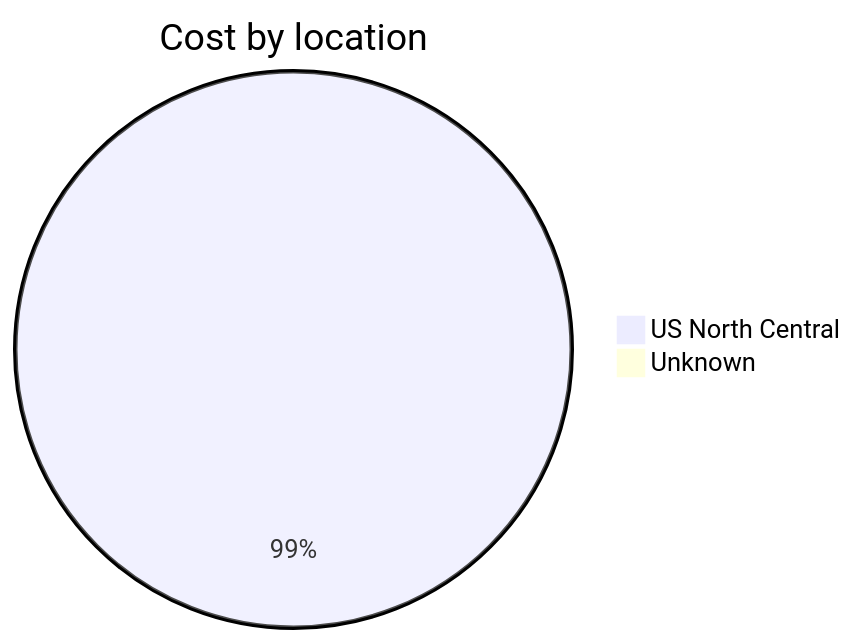
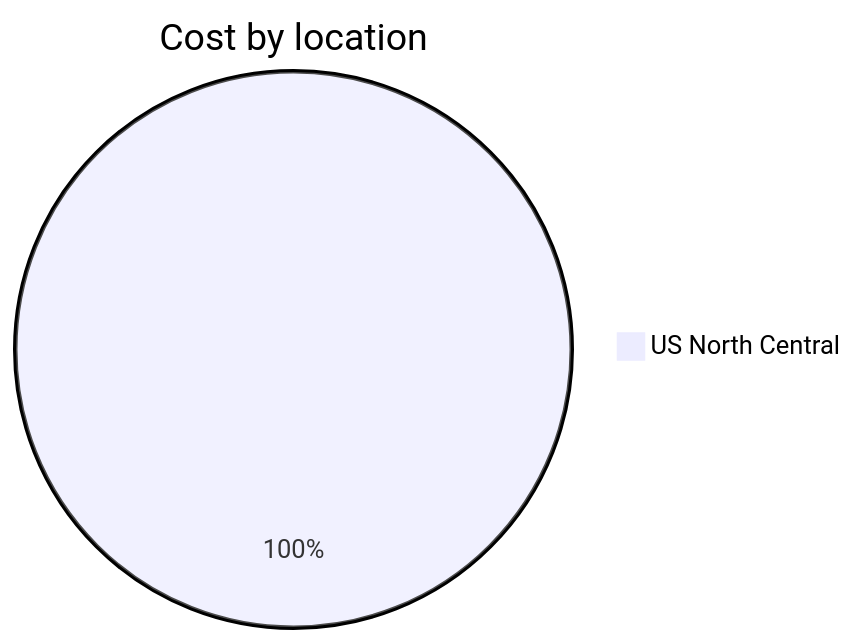
Before and after one commit to jpfulton/azure-personal-reports: the third of 4 diagrams in cost-reports/personal-network/README.md, drawn with Mermaid. The commit also changed other lines of this file and 8 other files, not shown here.

````diff
--- a/cost-reports/personal-network/README.md
+++ b/cost-reports/personal-network/README.md
@@ -116,6 +107,5 @@
 ```mermaid
 pie
    title Cost by location
-   "US North Central" : 48.87
-   "Unknown" : 0.47
+   "US North Central" : 0.09
 ```
````
